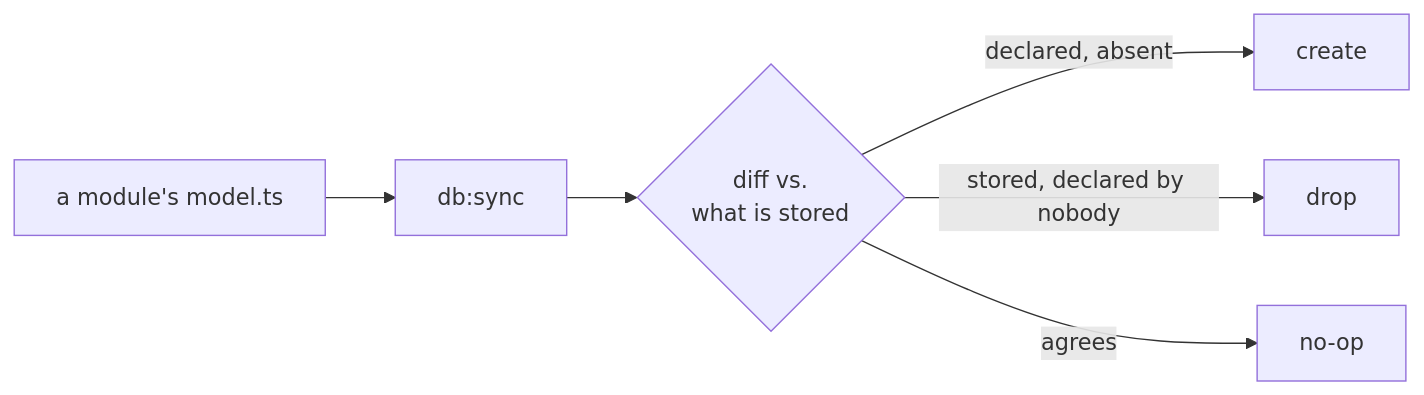
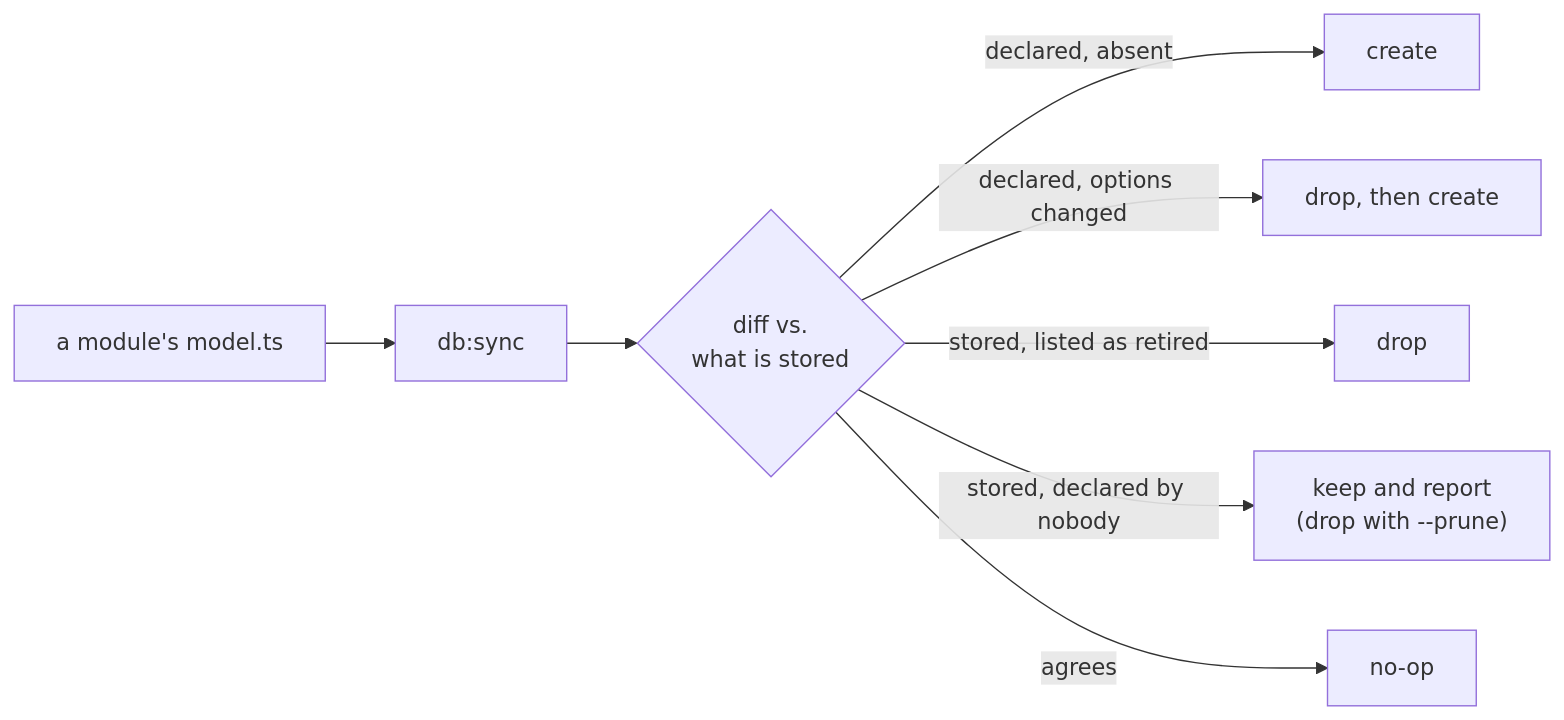
One commit to Guebbit/boilerplate-node-backend changed the second of 2 diagrams in docs/reference/data.md. Above: the diagram before and after it, drawn with Mermaid. The commit also changed other lines of this file and 12 other files, not shown here.

````diff
--- a/docs/reference/data.md
+++ b/docs/reference/data.md
@@ -72,8 +74,10 @@
 ```mermaid
 flowchart LR
     Schema["a module's model.ts"] --> Sync["db:sync"]
     Sync --> Diff{"diff vs.<br/>what is stored"}
     Diff -->|"declared, absent"| Create["create"]
-    Diff -->|"stored, declared by nobody"| Drop["drop"]
+    Diff -->|"declared, options changed"| Replace["drop, then create"]
+    Diff -->|"stored, listed as retired"| Retired["drop"]
+    Diff -->|"stored, declared by nobody"| Kept["keep and report<br/>(drop with --prune)"]
     Diff -->|"agrees"| Nothing["no-op"]
 ```
````
